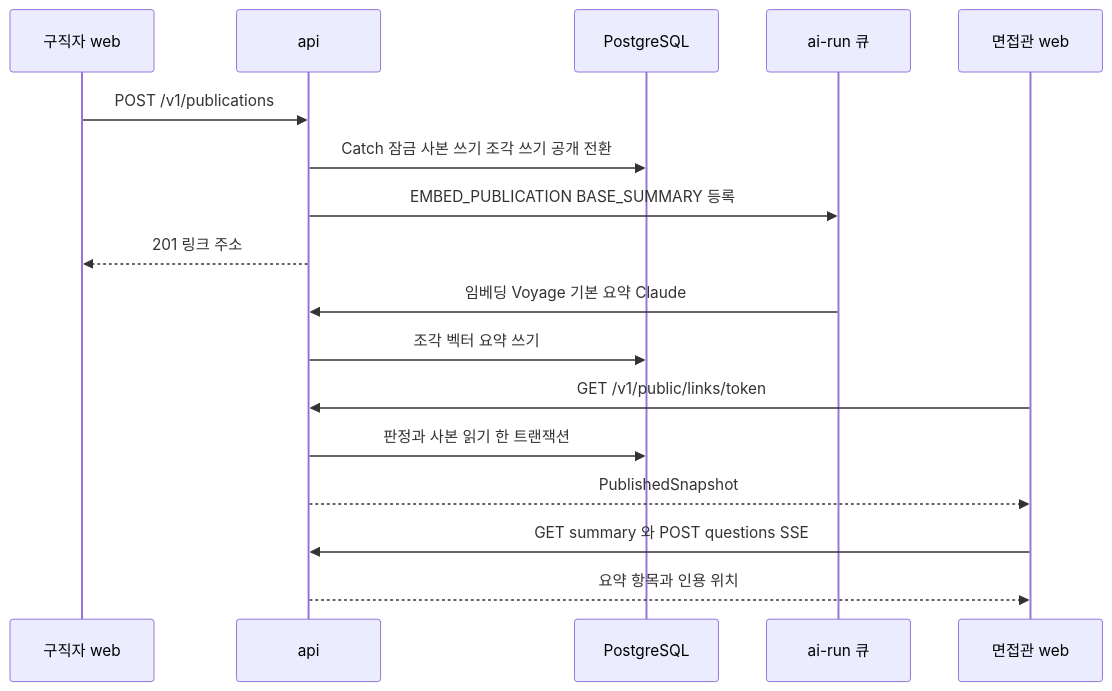
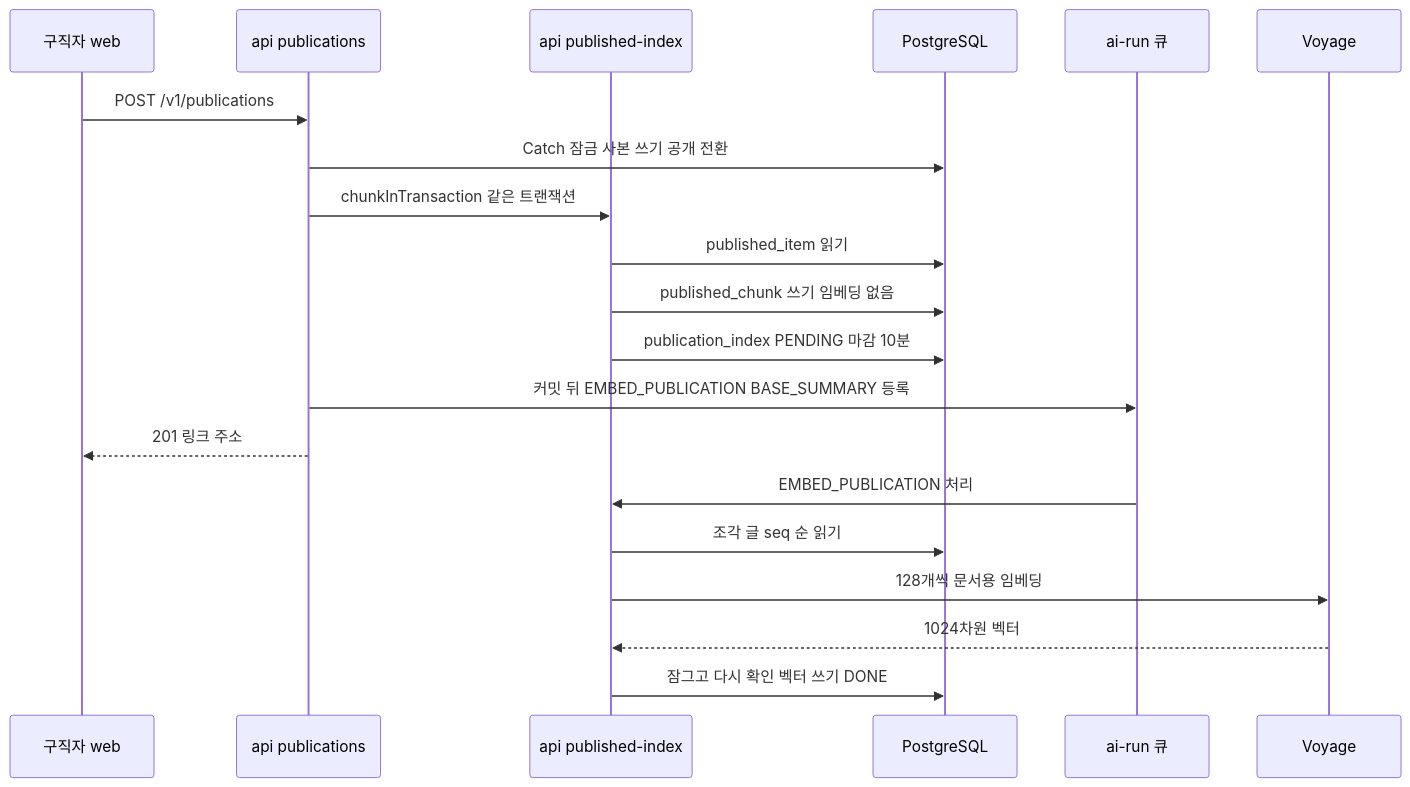
Before and after one commit to JminAILab/CatchU: the third of 6 diagrams in aidlc/spaces/default/codekb/CatchU/architecture.md, drawn with Mermaid. The commit also changed other lines of this file and 13 other files, not shown here.

````diff
--- a/aidlc/spaces/default/codekb/CatchU/architecture.md
+++ b/aidlc/spaces/default/codekb/CatchU/architecture.md
@@ -161,19 +178,22 @@
 ```mermaid
 sequenceDiagram
   participant Author as 구직자 web
-  participant Api as api
+  participant Pub as api publications
+  participant Idx as api published-index
   participant DB as PostgreSQL
   participant Run as ai-run 큐
-  participant Rec as 면접관 web
-  Author->>Api: POST /v1/publications
-  Api->>DB: Catch 잠금 사본 쓰기 조각 쓰기 공개 전환
-  Api->>Run: EMBED_PUBLICATION BASE_SUMMARY 등록
-  Api-->>Author: 201 링크 주소
-  Run->>Api: 임베딩 Voyage 기본 요약 Claude
-  Api->>DB: 조각 벡터 요약 쓰기
-  Rec->>Api: GET /v1/public/links/token
-  Api->>DB: 판정과 사본 읽기 한 트랜잭션
-  Api-->>Rec: PublishedSnapshot
-  Rec->>Api: GET summary 와 POST questions SSE
-  Api-->>Rec: 요약 항목과 인용 위치
+  participant Vo as Voyage
+  Author->>Pub: POST /v1/publications
+  Pub->>DB: Catch 잠금 사본 쓰기 공개 전환
+  Pub->>Idx: chunkInTransaction 같은 트랜잭션
+  Idx->>DB: published_item 읽기
+  Idx->>DB: published_chunk 쓰기 임베딩 없음
+  Idx->>DB: publication_index PENDING 마감 10분
+  Pub->>Run: 커밋 뒤 EMBED_PUBLICATION BASE_SUMMARY 등록
+  Pub-->>Author: 201 링크 주소
+  Run->>Idx: EMBED_PUBLICATION 처리
+  Idx->>DB: 조각 글 seq 순 읽기
+  Idx->>Vo: 128개씩 문서용 임베딩
+  Vo-->>Idx: 1024차원 벡터
+  Idx->>DB: 잠그고 다시 확인 벡터 쓰기 DONE
 ```
````
